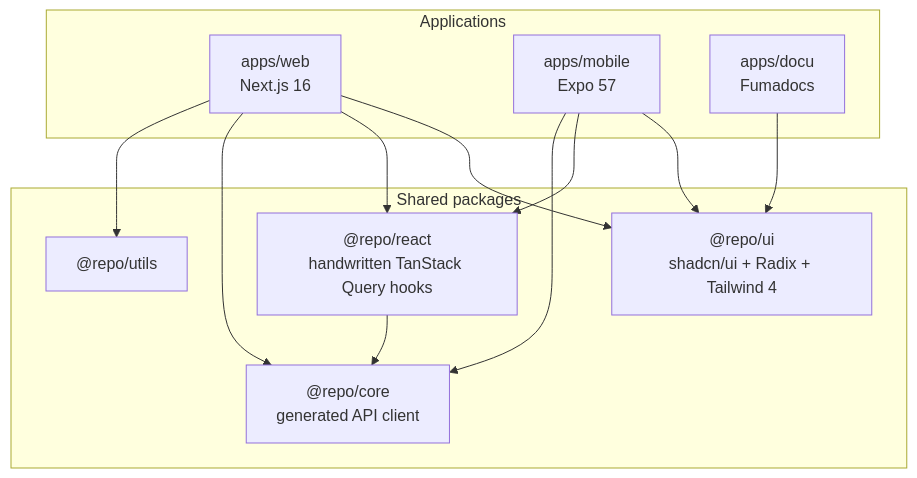
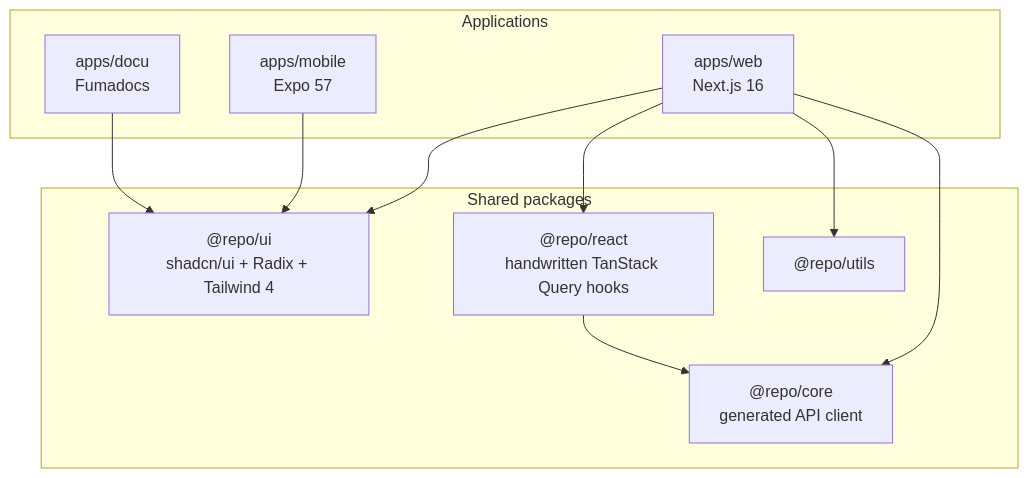
Before and after one commit to blockmatic/basilic: the diagram in apps/docu/content/docs/architecture/frontend.mdx, drawn with Mermaid. The commit also changed other lines of this file and 50 other files, not shown here.

````diff
--- a/apps/docu/content/docs/architecture/frontend.mdx
+++ b/apps/docu/content/docs/architecture/frontend.mdx
@@ -10,25 +10,23 @@
 ```mermaid
 flowchart TB
   subgraph Apps["Applications"]
     Web["apps/web<br/>Next.js 16"]
     Mobile["apps/mobile<br/>Expo 57"]
     Docs["apps/docu<br/>Fumadocs"]
   end
 
   subgraph Packages["Shared packages"]
     UI["@repo/ui<br/>shadcn/ui + Radix + Tailwind 4"]
     React["@repo/react<br/>handwritten TanStack Query hooks"]
     Core["@repo/core<br/>generated API client"]
     Utils["@repo/utils"]
   end
 
   Web --> UI
   Web --> React
   Web --> Core
   Web --> Utils
   Mobile --> UI
-  Mobile --> React
-  Mobile --> Core
   Docs --> UI
   React --> Core
 ```
````
